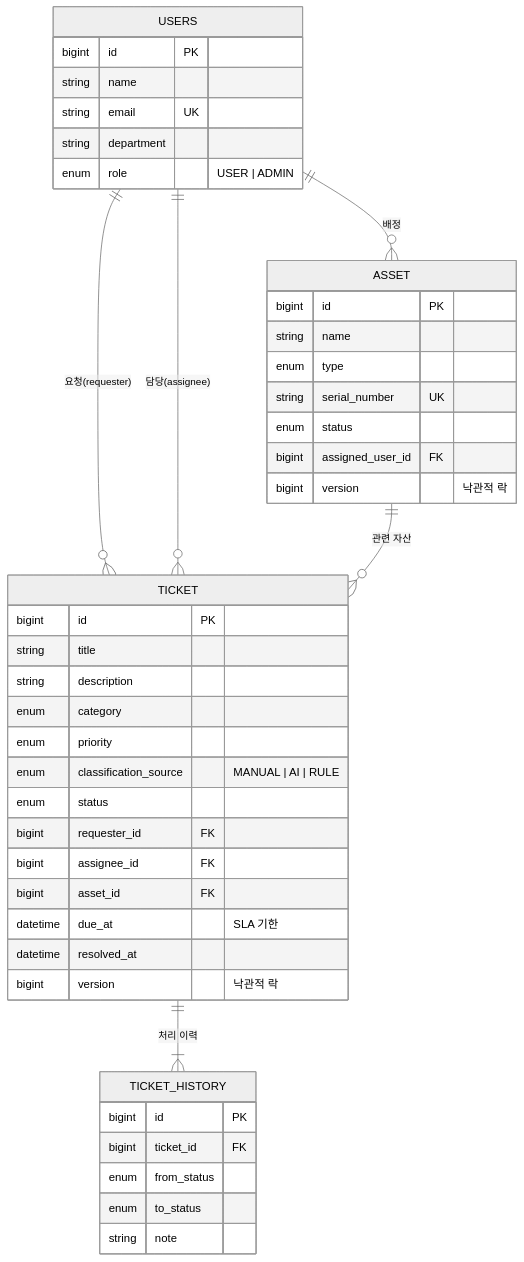
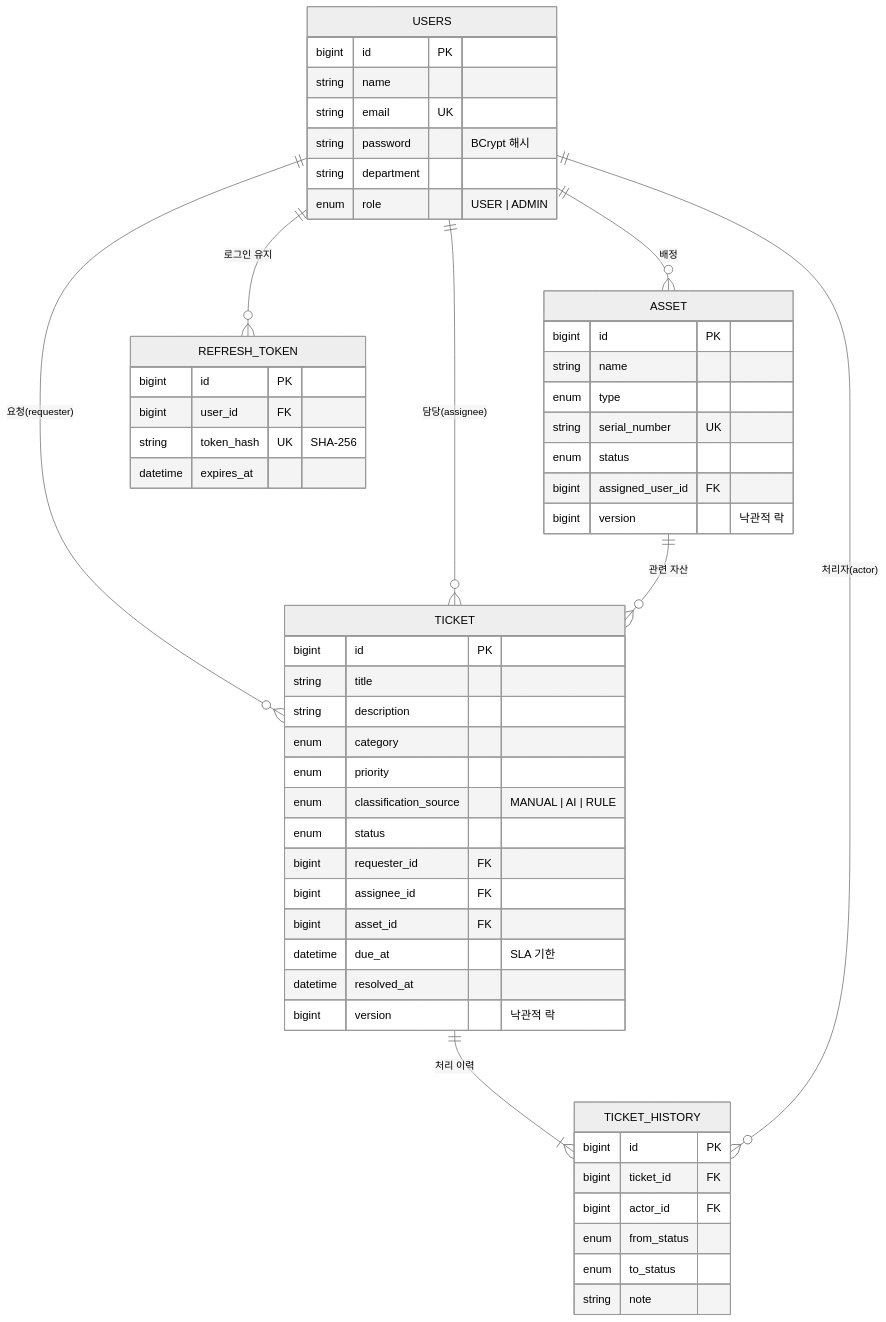
One commit to hiiiia/toy-pj-be changed the second of 3 diagrams in README.md. Above: the diagram before and after it, drawn with Mermaid (neutral theme). The commit also changed other lines of this file, not shown here.

````diff
--- a/README.md
+++ b/README.md
@@ -60,39 +122,47 @@
 ```mermaid
 erDiagram
     USERS ||--o{ ASSET : "배정"
     USERS ||--o{ TICKET : "요청(requester)"
     USERS ||--o{ TICKET : "담당(assignee)"
     ASSET ||--o{ TICKET : "관련 자산"
     TICKET ||--|{ TICKET_HISTORY : "처리 이력"
+    USERS ||--o{ TICKET_HISTORY : "처리자(actor)"
+    USERS ||--o{ REFRESH_TOKEN : "로그인 유지"
 
     USERS { bigint id PK
             string name
             string email UK
+            string password "BCrypt 해시"
             string department
             enum role "USER | ADMIN" }
     ASSET { bigint id PK
             string name
             enum type
             string serial_number UK
             enum status
             bigint assigned_user_id FK
             bigint version "낙관적 락" }
     TICKET { bigint id PK
              string title
              string description
              enum category
              enum priority
              enum classification_source "MANUAL | AI | RULE"
              enum status
              bigint requester_id FK
              bigint assignee_id FK
              bigint asset_id FK
              datetime due_at "SLA 기한"
              datetime resolved_at
              bigint version "낙관적 락" }
     TICKET_HISTORY { bigint id PK
                      bigint ticket_id FK
+                     bigint actor_id FK
                      enum from_status
                      enum to_status
                      string note }
+    REFRESH_TOKEN { bigint id PK
+                    bigint user_id FK
+                    string token_hash UK "SHA-256"
+                    datetime expires_at }
 ```
````
